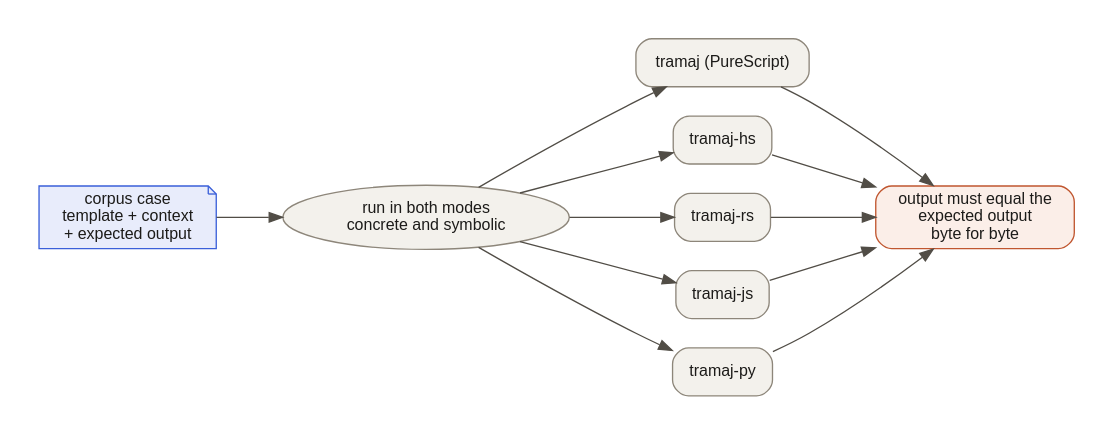
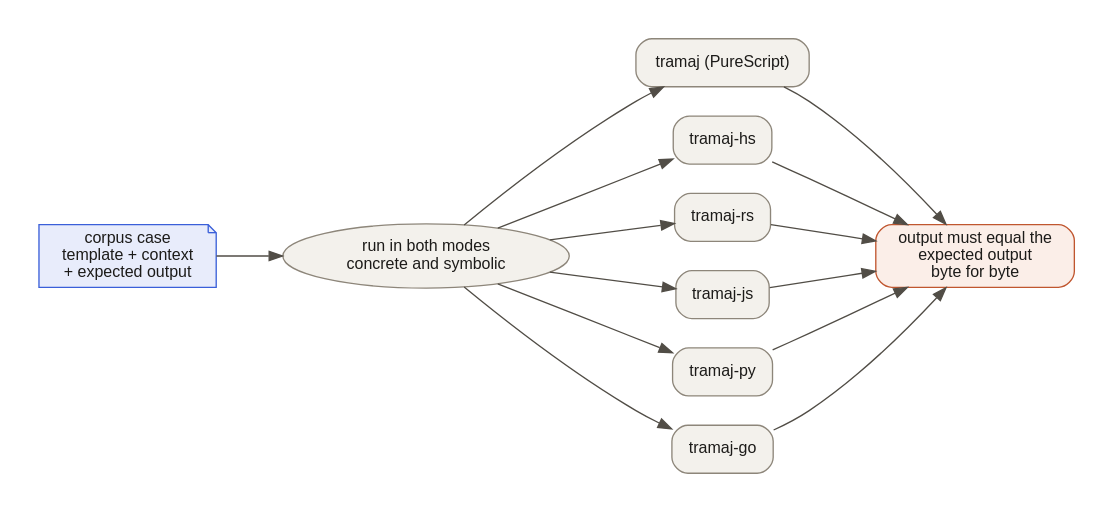
The diagram in website/src/conformance.dot (lucasdicioccio/tramaj), drawn with Graphviz before and after one commit. The commit also changed 21 other files, not shown here.

```diff
--- a/website/src/conformance.dot
+++ b/website/src/conformance.dot
@@ -1,27 +1,30 @@
 digraph conformance {
   rankdir=LR;
   graph [bgcolor="#ffffff", pad=0.3, fontname="Helvetica", nodesep=0.3, ranksep=0.7];
   node  [shape=box, style="rounded,filled", fillcolor="#f3f1ec", color="#8d867a", fontname="Helvetica", fontsize=12, fontcolor="#1c1b19"];
   edge  [color="#514d46", fontname="Helvetica", fontsize=10, fontcolor="#514d46"];
 
   case [label="corpus case\ntemplate + context\n+ expected output", shape=note, fillcolor="#e8ecfb", color="#3a5fd9"];
   mode [label="run in both modes\nconcrete and symbolic", shape=oval];
   i1 [label="tramaj (PureScript)"];
   i2 [label="tramaj-hs"];
   i3 [label="tramaj-rs"];
   i4 [label="tramaj-js"];
   i5 [label="tramaj-py"];
+  i6 [label="tramaj-go"];
   cmp [label="output must equal the\nexpected output\nbyte for byte", fillcolor="#fbeee8", color="#c0562f"];
 
   case -> mode;
   mode -> i1;
   mode -> i2;
   mode -> i3;
   mode -> i4;
   mode -> i5;
+  mode -> i6;
   i1 -> cmp;
   i2 -> cmp;
   i3 -> cmp;
   i4 -> cmp;
   i5 -> cmp;
+  i6 -> cmp;
 }
```
